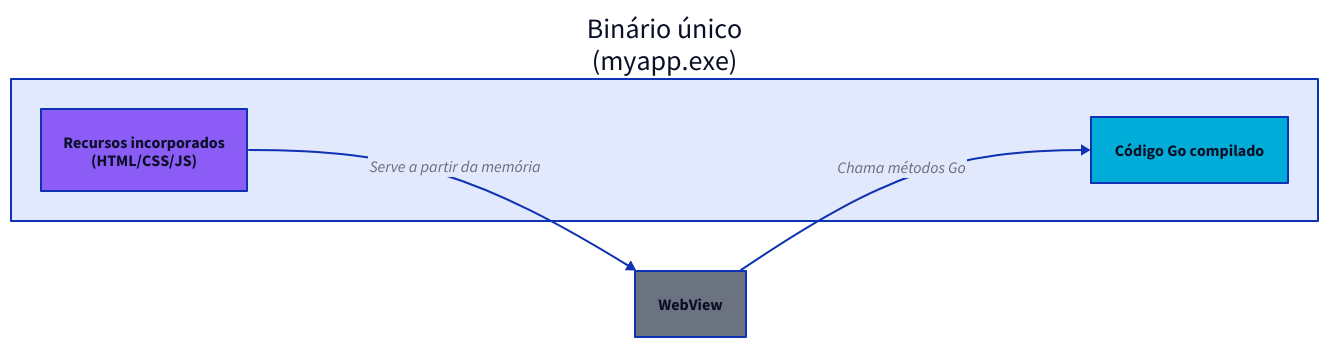
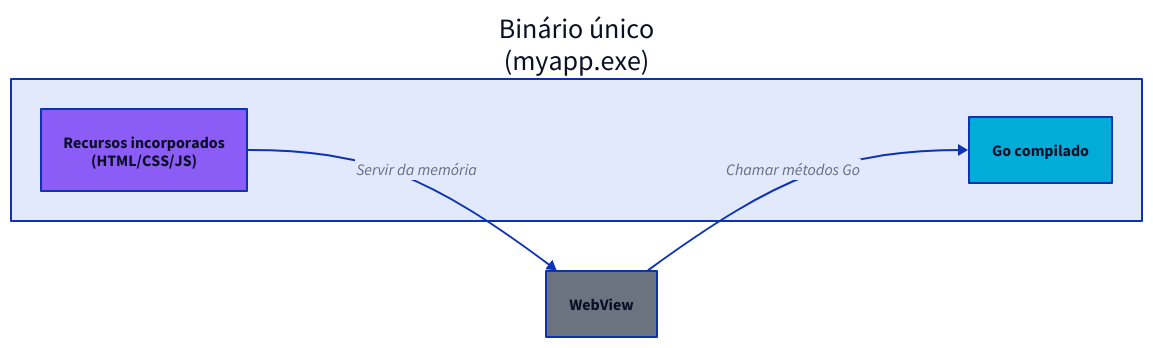
One commit to wailsapp/wails changed the seventh of 8 diagrams in docs/mpress/content/pt/concepts/architecture.md. Above: the diagram before and after it, drawn with D2. The commit also changed other lines of this file and 1096 other files, not shown here.

````diff
--- a/docs/mpress/content/pt/concepts/architecture.md
+++ b/docs/mpress/content/pt/concepts/architecture.md
@@ -489,23 +489,23 @@
 ```d2
 direction: right
 
 Binary: "Binário único\n(myapp.exe)" {
-  GoCode: Código Go compilado {
+  GoCode: Go compilado {
     shape: rectangle
     style.fill: "#00ADD8"
   }
 
   Assets: "Recursos incorporados\n(HTML/CSS/JS)" {
     shape: rectangle
     style.fill: "#8B5CF6"
   }
 }
 
 WebView: WebView {
   shape: rectangle
   style.fill: "#6B7280"
 }
 
-Binary.Assets -> WebView: Serve a partir da memória
-WebView -> Binary.GoCode: Chama métodos Go
+Binary.Assets -> WebView: Servir da memória
+WebView -> Binary.GoCode: Chamar métodos Go
 ```
````
